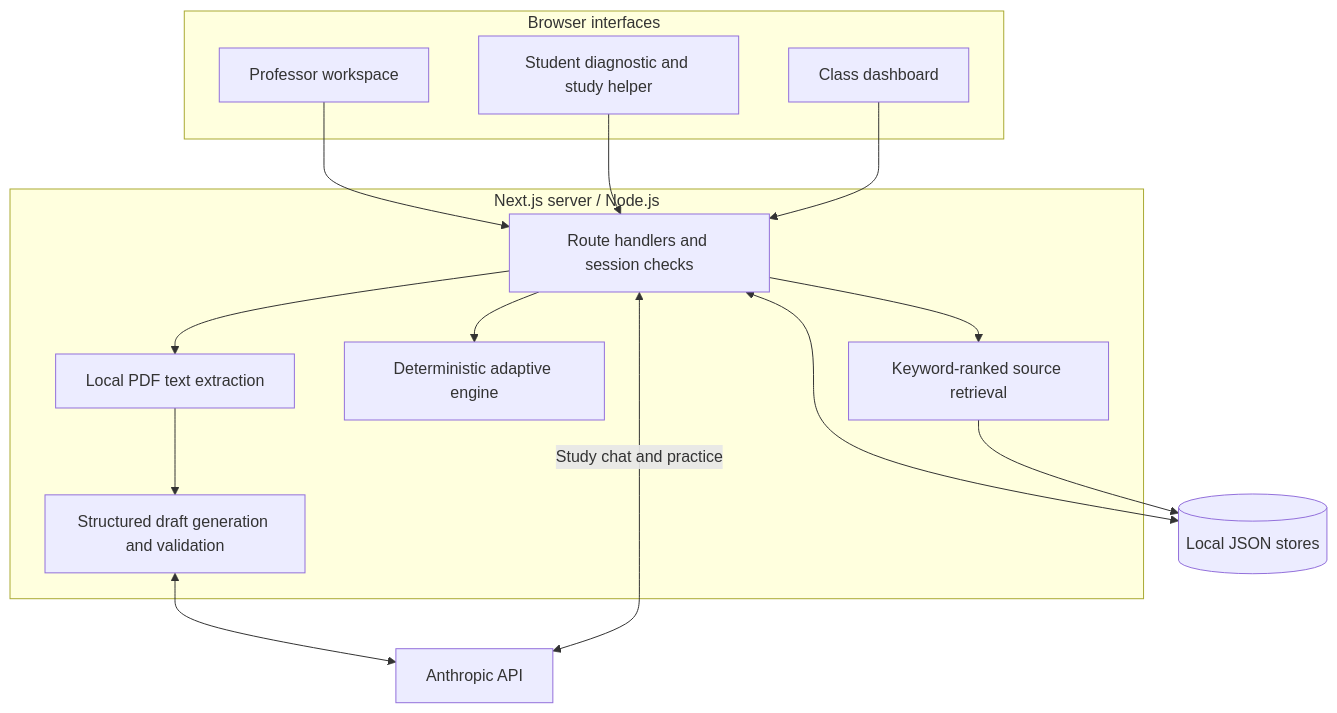
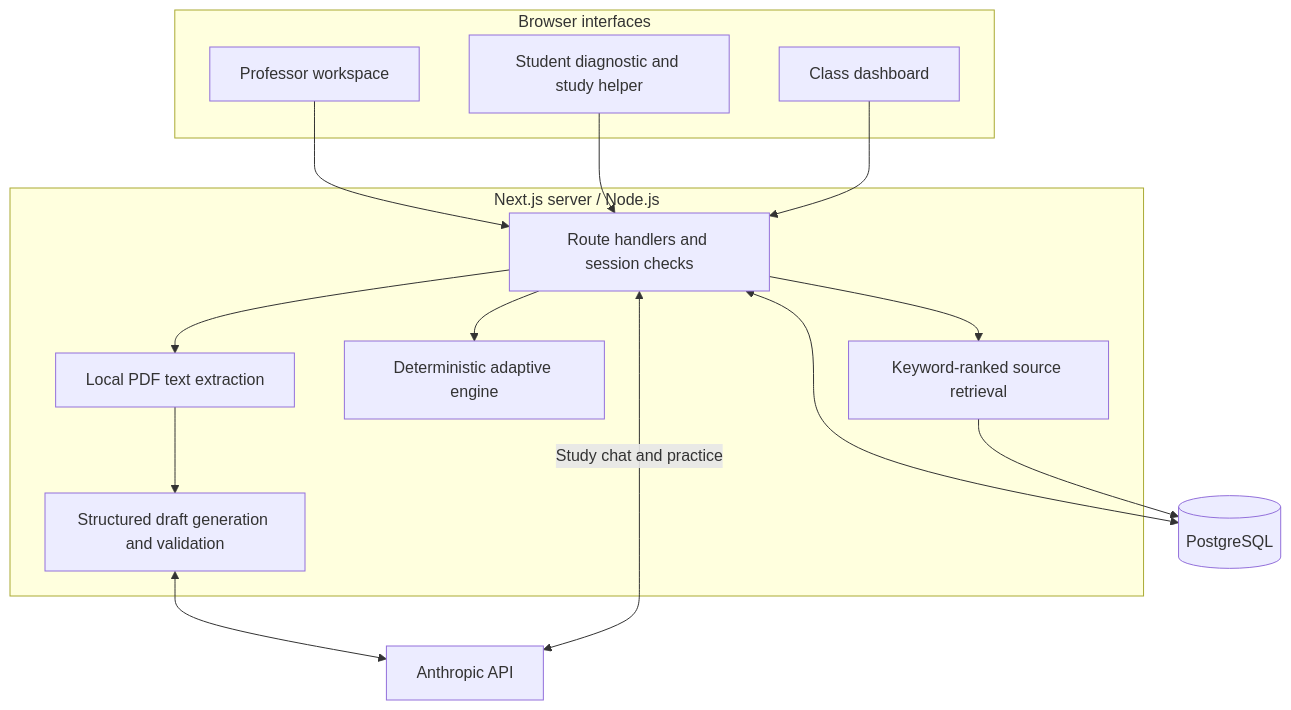
One commit to Blessing27-oss/Sapient changed the second of 2 diagrams in README.md. Above: the diagram before and after it, drawn with Mermaid. The commit also changed other lines of this file, not shown here.

````diff
--- a/README.md
+++ b/README.md
@@ -62,28 +62,28 @@
 ```mermaid
 flowchart TB
     subgraph UI[Browser interfaces]
         P[Professor workspace]
         S[Student diagnostic and study helper]
         D[Class dashboard]
     end
     subgraph Server[Next.js server / Node.js]
         API[Route handlers and session checks]
         PDF[Local PDF text extraction]
         GEN[Structured draft generation and validation]
         ENG[Deterministic adaptive engine]
         RET[Keyword-ranked source retrieval]
     end
     AI[Anthropic API]
-    DB[(Local JSON stores)]
+    DB[(PostgreSQL)]
     P --> API
     S --> API
     D --> API
     API --> PDF
     PDF --> GEN
     GEN <--> AI
     API --> ENG
     API --> RET
     API <--> DB
     RET --> DB
     API <-->|Study chat and practice| AI
 ```
````
